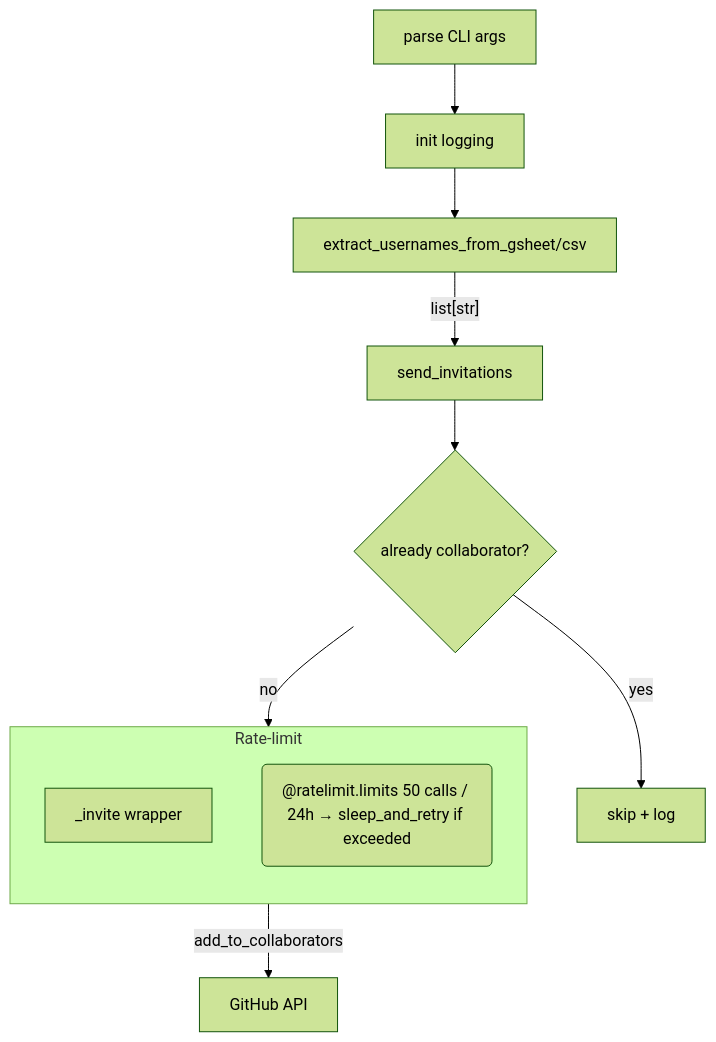
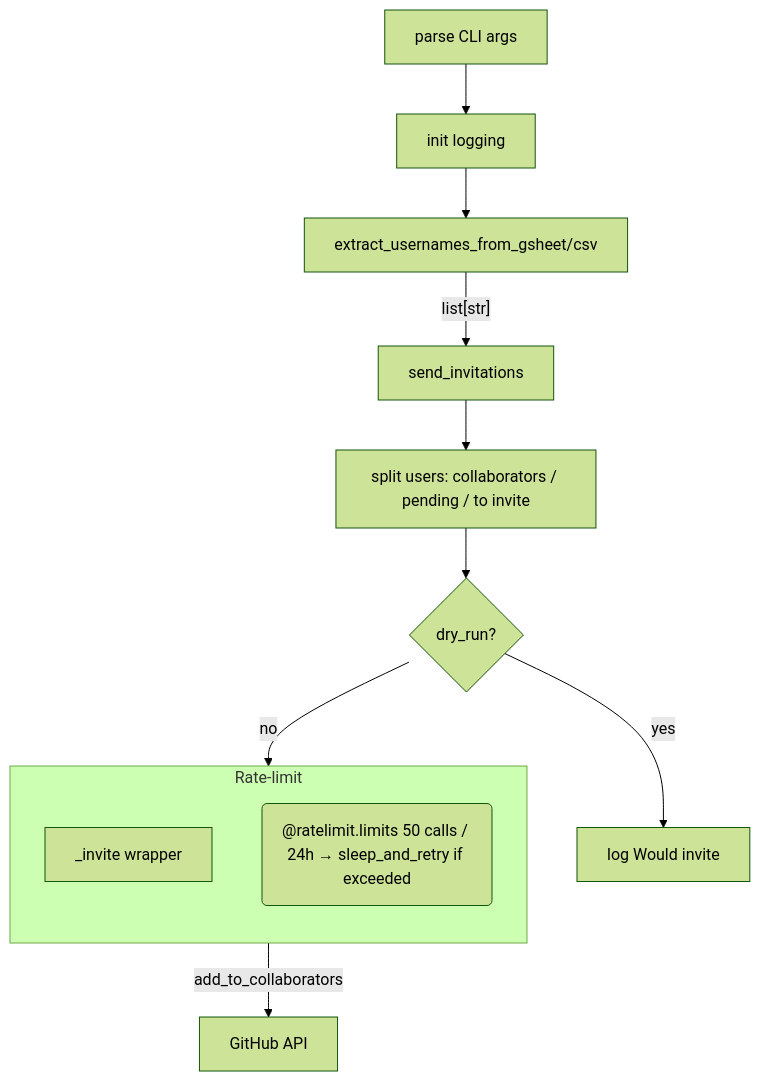
Before and after one commit to causify-ai/helpers: the diagram in docs/tools/git/all.invite_gh_contributors.explanation.md, drawn with Mermaid (forest theme). The commit also changed other lines of this file and 94 other files, not shown here.

````diff
--- a/docs/tools/git/all.invite_gh_contributors.explanation.md
+++ b/docs/tools/git/all.invite_gh_contributors.explanation.md
@@ -42,15 +42,16 @@
 ```mermaid
 flowchart TD
     A[parse CLI args] --> B[init logging]
     B --> C[extract_usernames_from_gsheet/csv]
     C -->|"list[str]"| D[send_invitations]
-    D --> E{already collaborator?}
-    E -- yes --> F[skip + log]
-    E -- no --> G[_invite wrapper]
-    G -->|add_to_collaborators| H[GitHub API]
+    D --> E["split users: collaborators / pending / to invite"]
+    E --> F{dry_run?}
+    F -- yes --> G[log Would invite]
+    F -- no --> H[_invite wrapper]
+    H -->|add_to_collaborators| I[GitHub API]
     subgraph Rate-limit
         direction TB
-        G
+        H
         note("@ratelimit.limits 50 calls / 24h → sleep_and_retry if exceeded")
     end
 ```
````
